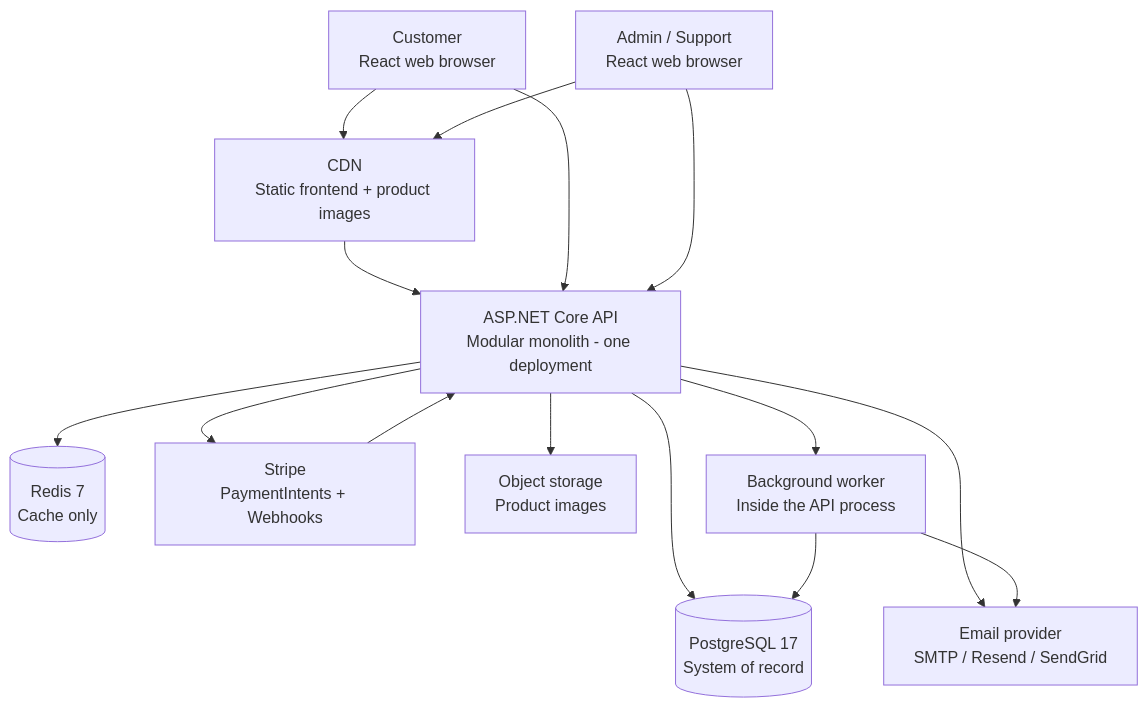
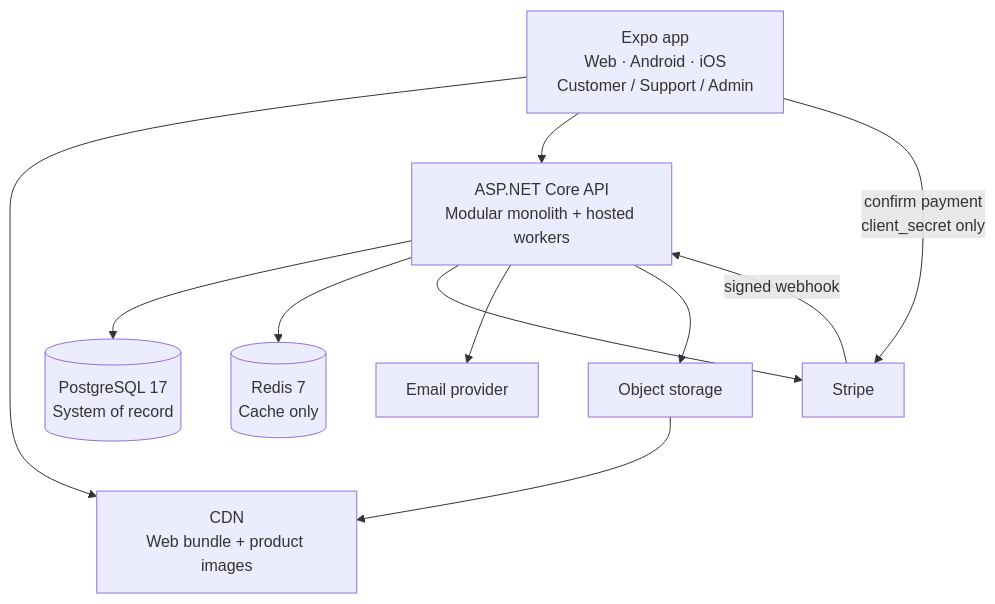
One commit to robmars123/Ecommerce changed the first of 6 diagrams in docs/ecommerce-architecture.md. Above: the diagram before and after it, drawn with Mermaid. The commit also changed other lines of this file and 227 other files, not shown here.

````diff
--- a/docs/ecommerce-architecture.md
+++ b/docs/ecommerce-architecture.md
@@ -101,28 +114,22 @@
 ```mermaid
 flowchart TB
-    Customer[Customer<br/>React web browser]
-    Admin[Admin / Support<br/>React web browser]
-    CDN[CDN<br/>Static frontend + product images]
-    API[ASP.NET Core API<br/>Modular monolith - one deployment]
+    Clients[Expo app<br/>Web · Android · iOS<br/>Customer / Support / Admin]
+    CDN[CDN<br/>Web bundle + product images]
+    API[ASP.NET Core API<br/>Modular monolith + hosted workers]
     PG[(PostgreSQL 17<br/>System of record)]
     Redis[(Redis 7<br/>Cache only)]
-    Stripe[Stripe<br/>PaymentIntents + Webhooks]
-    Email[Email provider<br/>SMTP / Resend / SendGrid]
-    Spaces[Object storage<br/>Product images]
-    Worker[Background worker<br/>Inside the API process]
+    Stripe[Stripe]
+    Email[Email provider]
+    Spaces[Object storage]
 
-    Customer --> CDN
-    Admin --> CDN
-    CDN --> API
-    Customer --> API
-    Admin --> API
+    Clients --> CDN
+    Clients --> API
+    Clients -- confirm payment<br/>client_secret only --> Stripe
     API --> PG
     API --> Redis
     API --> Stripe
-    Stripe --> API
+    Stripe -- signed webhook --> API
     API --> Email
     API --> Spaces
-    API --> Worker
-    Worker --> PG
-    Worker --> Email
+    Spaces --> CDN
 ```
````
